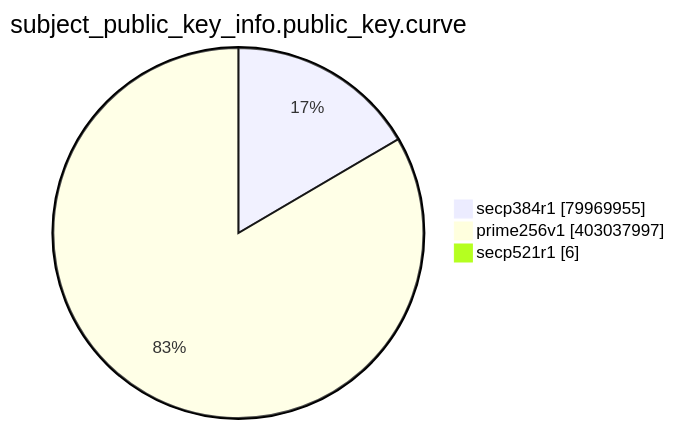
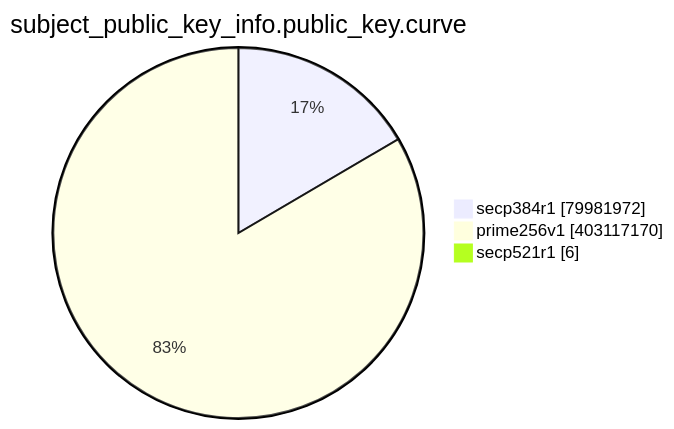
The eighth of 15 diagrams in TOTAL/README.md (christiankrug/ctmonitor_visualization), drawn with Mermaid before and after one commit. The commit also changed other lines of this file, not shown here.

````diff
--- a/TOTAL/README.md
+++ b/TOTAL/README.md
@@ -3095,7 +3095,7 @@
 ```mermaid
 pie showData
 title subject_public_key_info.public_key.curve
-"secp384r1" :79969955
-"prime256v1" :403037997
+"secp384r1" :79981972
+"prime256v1" :403117170
 "secp521r1" :6
 ```
````
